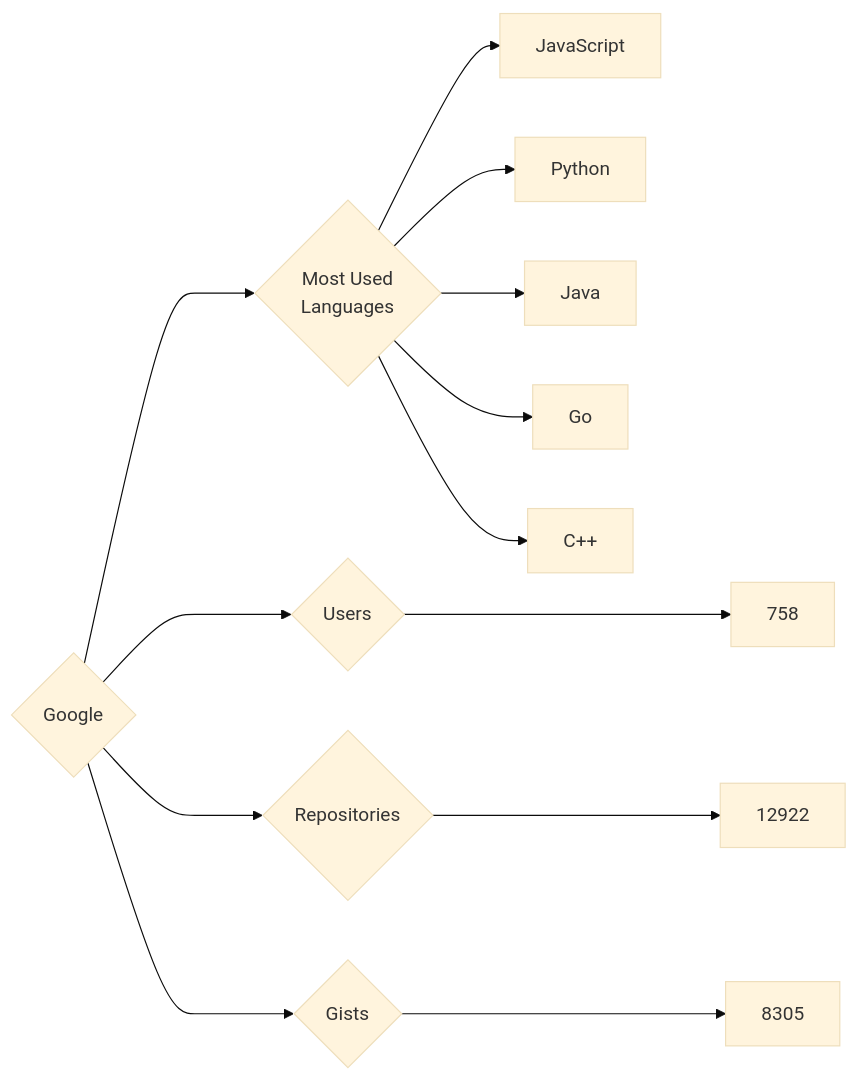
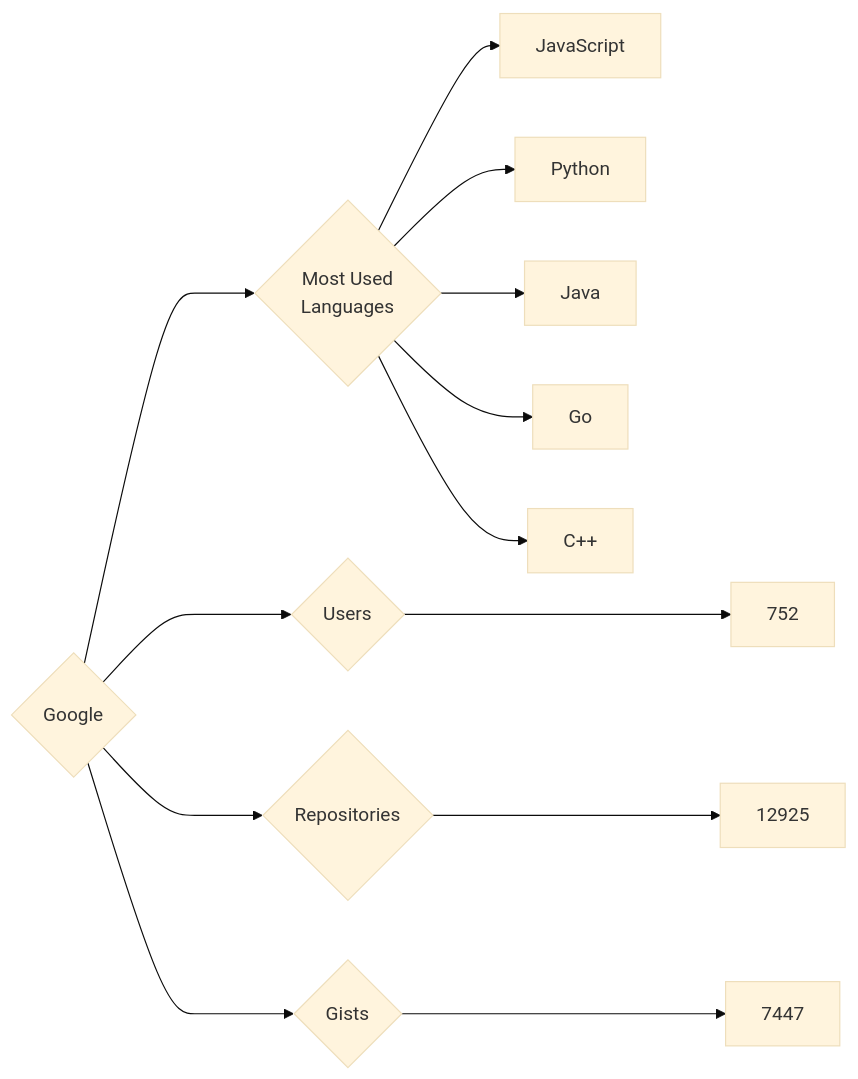
The diagram in targets/Google/README.md (trickest/insiders), drawn with Mermaid (base theme) before and after one commit. The commit also changed 930 other files, not shown here.

````diff
--- a/targets/Google/README.md
+++ b/targets/Google/README.md
@@ -3,13 +3,13 @@
 ```mermaid
 graph LR
 COMPANY_NAME{Google}
-COMPANY_NAME ---> U{Users} ---> UN[758]
-COMPANY_NAME ---> R{Repositories} ---> RN[12922]
-COMPANY_NAME ---> G{Gists} ---> GN[8305]
+COMPANY_NAME ---> U{Users} ---> UN[752]
+COMPANY_NAME ---> R{Repositories} ---> RN[12925]
+COMPANY_NAME ---> G{Gists} ---> GN[7447]
 COMPANY_NAME ---> ML{Most Used<br>Languages}
 ML --> JavaScript[JavaScript]
 ML --> Python[Python]
 ML --> Java[Java]
 ML --> Go[Go]
 ML --> C++[C++]
 ```
````
